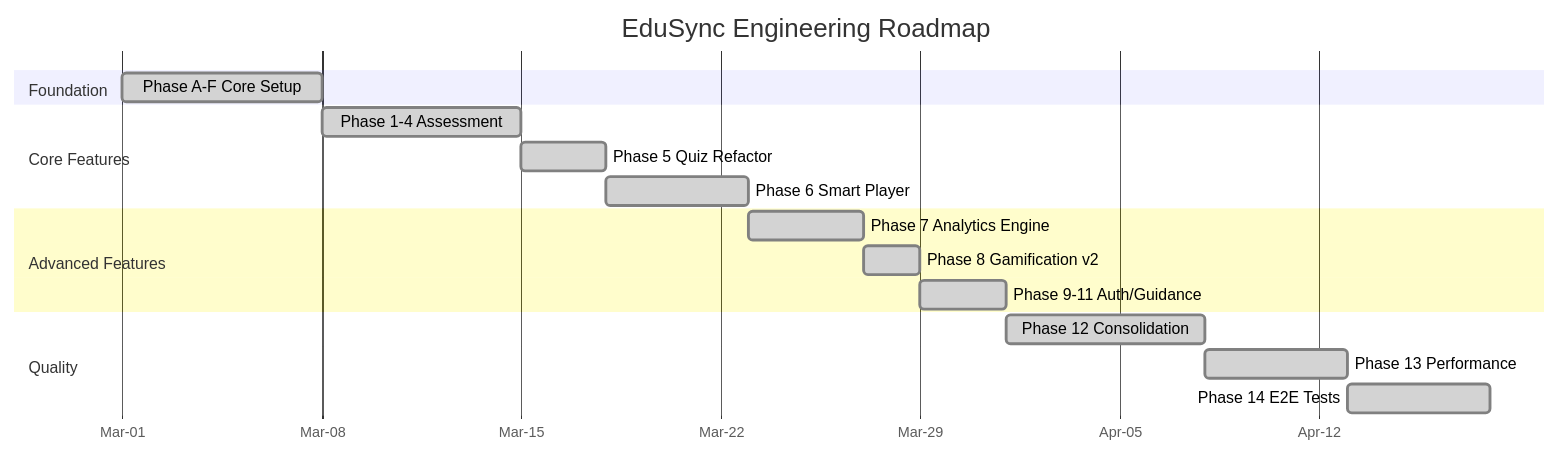
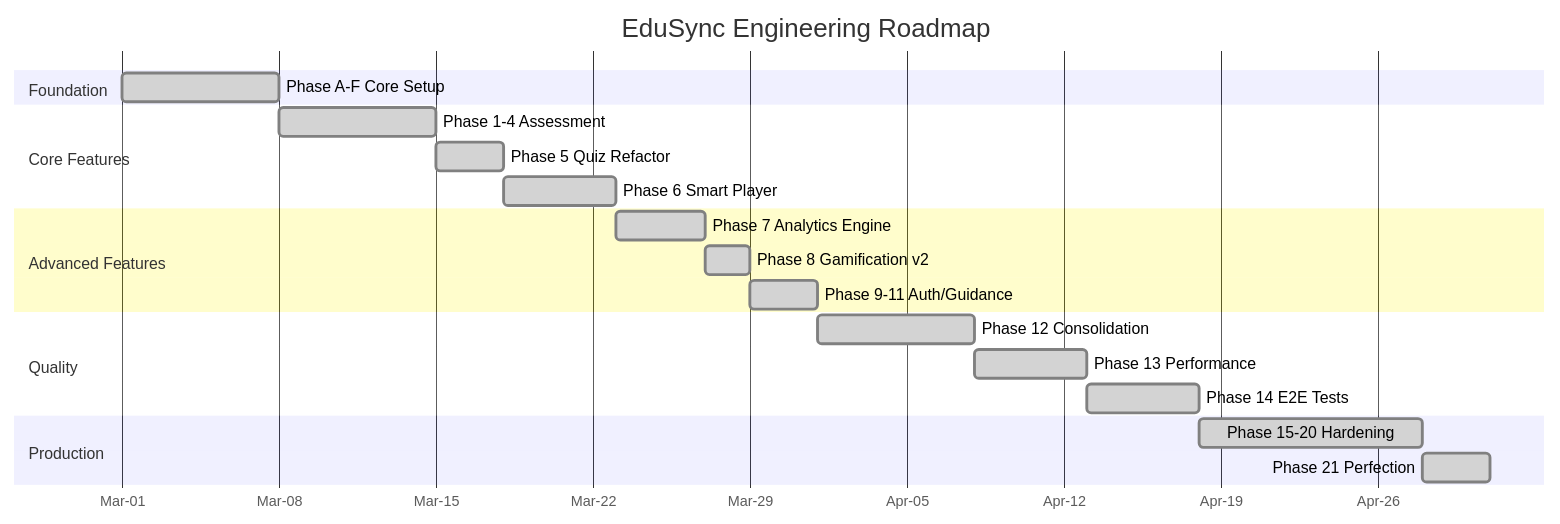
The diagram in docs/ENGINEERING_ROADMAP.md (AI-Powered-Edtech/LMS), drawn with Mermaid before and after one commit. The commit also changed other lines of this file and 112 other files, not shown here.

````diff
--- a/docs/ENGINEERING_ROADMAP.md
+++ b/docs/ENGINEERING_ROADMAP.md
@@ -57,24 +58,28 @@
 ```mermaid
 gantt
     title EduSync Engineering Roadmap
     dateFormat YYYY-MM-DD
     axisFormat %b-%d
 
     section Foundation
     Phase A-F Core Setup     :done, pa, 2026-03-01, 7d
 
     section Core Features
     Phase 1-4 Assessment     :done, p14, 2026-03-08, 7d
     Phase 5 Quiz Refactor    :done, p5, after p14, 3d
     Phase 6 Smart Player     :done, p6, after p5, 5d
 
     section Advanced Features
     Phase 7 Analytics Engine :done, p7, after p6, 4d
     Phase 8 Gamification v2  :done, p8, after p7, 2d
     Phase 9-11 Auth/Guidance :done, p9, after p8, 3d
 
     section Quality
     Phase 12 Consolidation   :done, p12, after p9, 7d
     Phase 13 Performance     :done, p13, after p12, 5d
     Phase 14 E2E Tests       :done, p14b, after p13, 5d
+
+    section Production
+    Phase 15-20 Hardening    :done, p15, after p14b, 10d
+    Phase 21 Perfection      :done, p21, after p15, 3d
 ```
````
